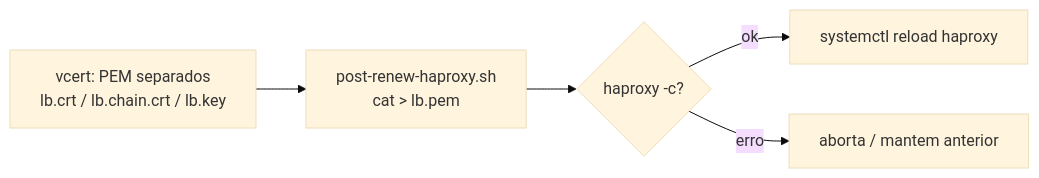
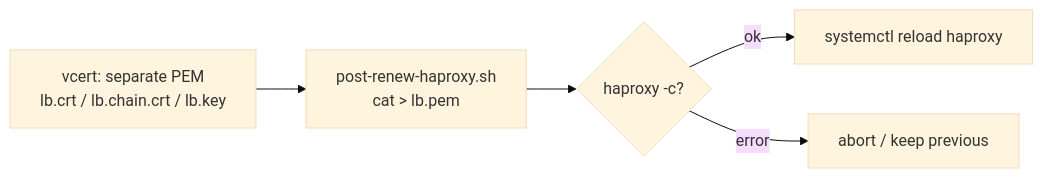
Before and after one commit to aslancarlos/vcert-examples: the third of 10 diagrams in docs/architecture.md, drawn with Mermaid (base theme). The commit also changed other lines of this file and 35 other files, not shown here.

````diff
--- a/docs/architecture.md
+++ b/docs/architecture.md
@@ -46,7 +46,7 @@
 ```mermaid
 flowchart LR
-    V[vcert: PEM separados<br/>lb.crt / lb.chain.crt / lb.key] --> S[post-renew-haproxy.sh<br/>cat &gt; lb.pem]
+    V[vcert: separate PEM<br/>lb.crt / lb.chain.crt / lb.key] --> S[post-renew-haproxy.sh<br/>cat &gt; lb.pem]
     S --> C{haproxy -c?}
     C -- ok --> R[systemctl reload haproxy]
-    C -- erro --> X[aborta / mantem anterior]
+    C -- error --> X[abort / keep previous]
 ```
````
